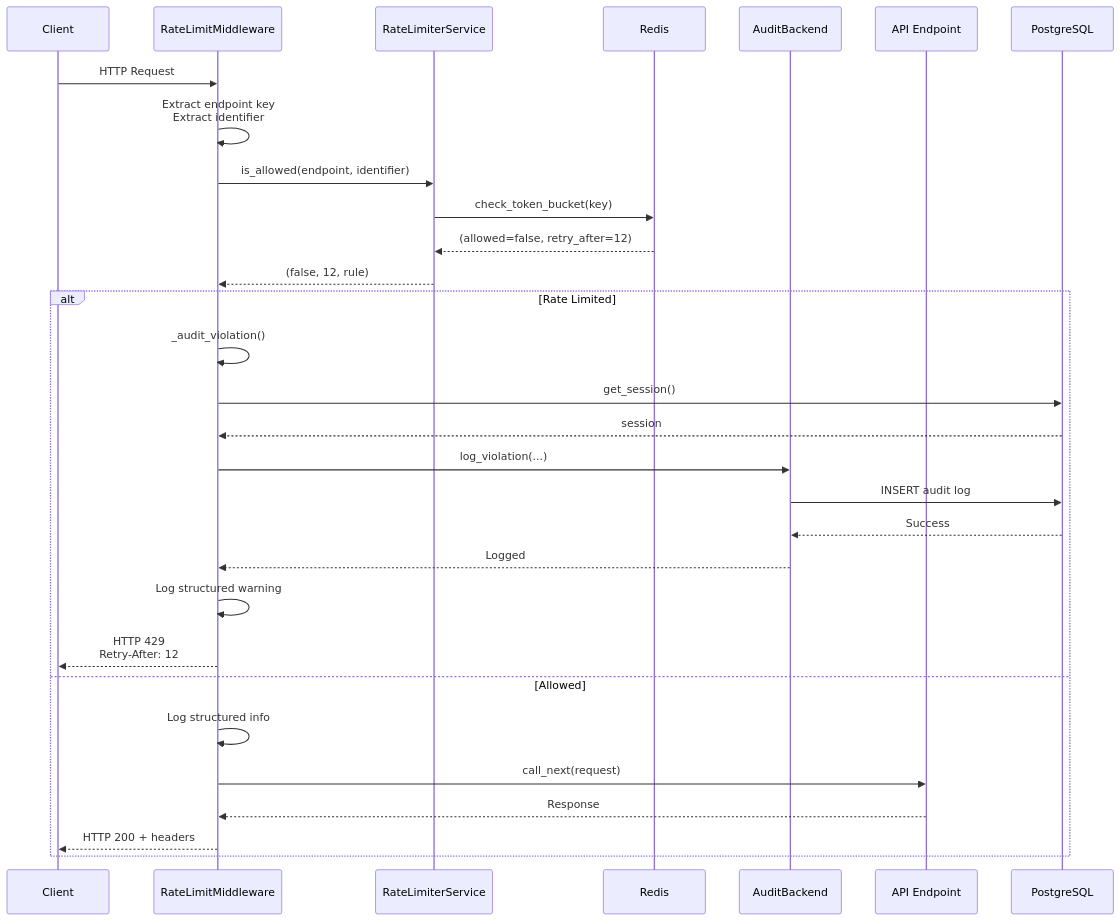
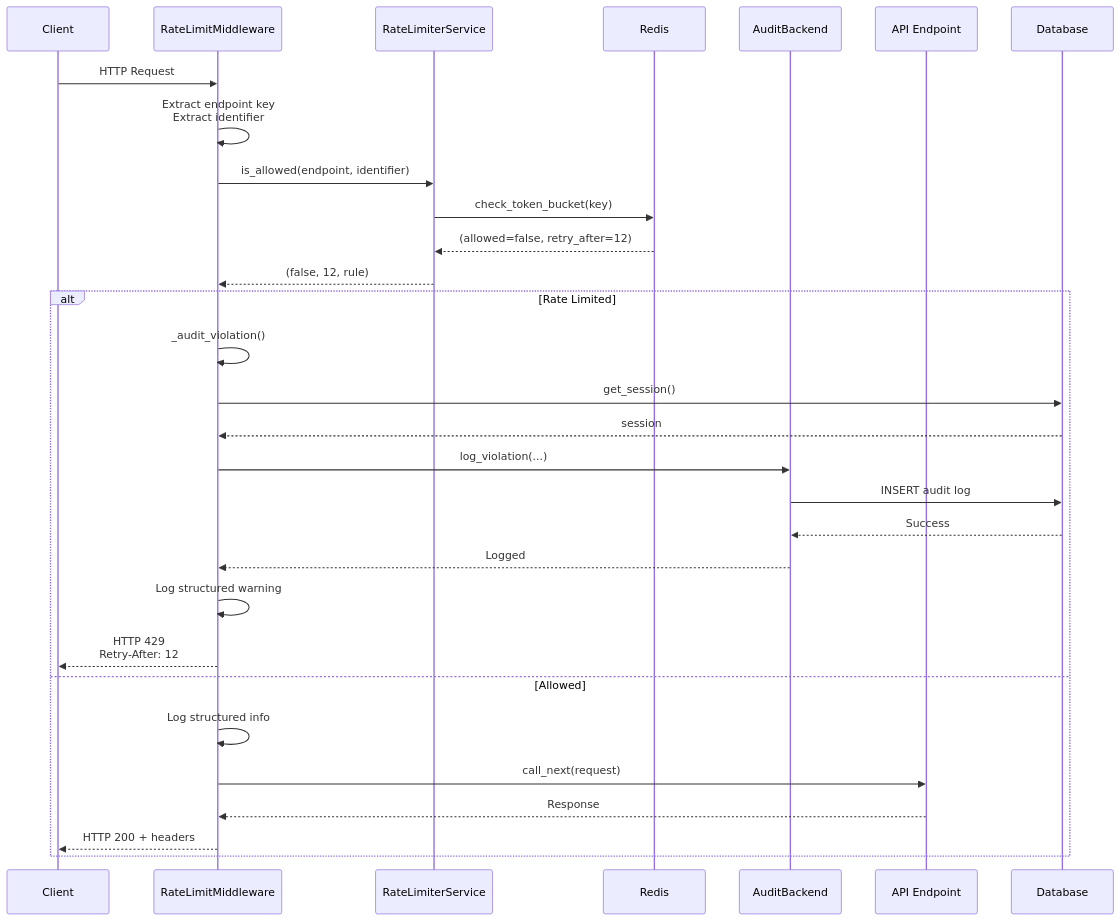
Before and after one commit to faiyaz7283/dashtam-api: the first of 6 diagrams in src/rate_limiter/docs/request-flow.md, drawn with Mermaid. The commit also changed other lines of this file and 26 other files, not shown here.

````diff
--- a/src/rate_limiter/docs/request-flow.md
+++ b/src/rate_limiter/docs/request-flow.md
@@ -34,37 +34,37 @@
 ```mermaid
 sequenceDiagram
     participant Client
     participant Middleware as RateLimitMiddleware
     participant Service as RateLimiterService
     participant Storage as Redis
     participant Audit as AuditBackend
     participant Endpoint as API Endpoint
-    participant DB as PostgreSQL
+    participant DB as Database
 
     Client->>Middleware: HTTP Request
     
     Middleware->>Middleware: Extract endpoint key<br/>Extract identifier
     
     Middleware->>Service: is_allowed(endpoint, identifier)
     Service->>Storage: check_token_bucket(key)
     Storage-->>Service: (allowed=false, retry_after=12)
     Service-->>Middleware: (false, 12, rule)
     
     alt Rate Limited
         Middleware->>Middleware: _audit_violation()
         Middleware->>DB: get_session()
         DB-->>Middleware: session
         Middleware->>Audit: log_violation(...)
         Audit->>DB: INSERT audit log
         DB-->>Audit: Success
         Audit-->>Middleware: Logged
         
         Middleware->>Middleware: Log structured warning
         Middleware-->>Client: HTTP 429<br/>Retry-After: 12
     else Allowed
         Middleware->>Middleware: Log structured info
         Middleware->>Endpoint: call_next(request)
         Endpoint-->>Middleware: Response
         Middleware-->>Client: HTTP 200 + headers
     end
 ```
````
